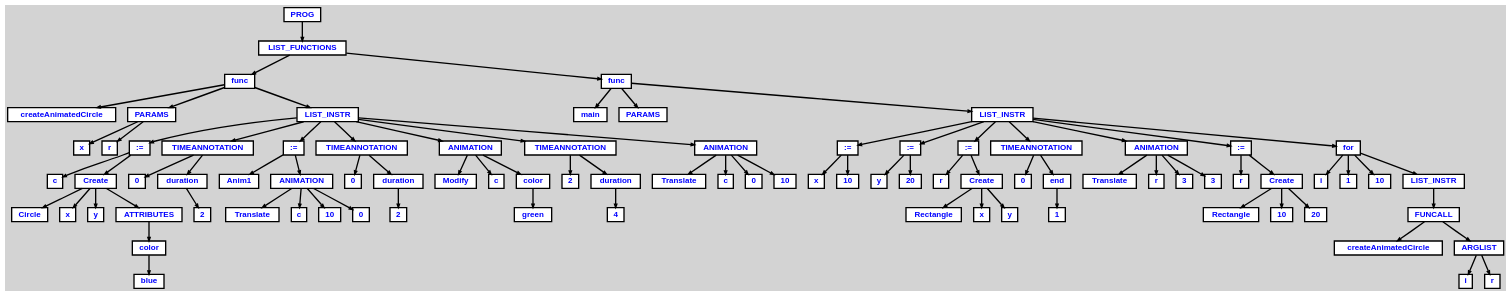
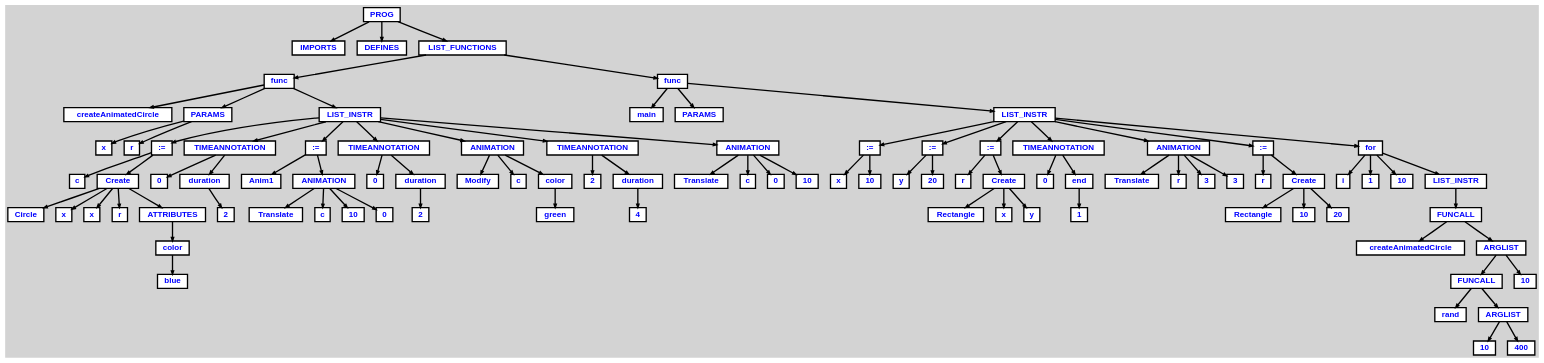
One commit to 5thingol/Practica-CL changed the diagram in examples/functions.dot. Above: the diagram before and after it, drawn with Graphviz. The commit also changed 84 other files, not shown here.

```diff
--- a/examples/functions.dot
+++ b/examples/functions.dot
@@ -7,212 +7,228 @@
 	edge [arrowsize=.5, color="black", style="bold"]
 
   n0 [label="PROG"];
-  n1 [label="LIST_FUNCTIONS"];
-  n1 [label="LIST_FUNCTIONS"];
-  n2 [label="func"];
-  n2 [label="func"];
-  n3 [label="createAnimatedCircle"];
-  n4 [label="PARAMS"];
-  n4 [label="PARAMS"];
-  n5 [label="x"];
-  n6 [label="r"];
-  n7 [label="LIST_INSTR"];
-  n7 [label="LIST_INSTR"];
-  n8 [label=":="];
-  n8 [label=":="];
-  n9 [label="c"];
-  n10 [label="Create"];
-  n10 [label="Create"];
-  n11 [label="Circle"];
-  n12 [label="x"];
-  n13 [label="y"];
-  n14 [label="ATTRIBUTES"];
-  n14 [label="ATTRIBUTES"];
-  n15 [label="color"];
-  n15 [label="color"];
-  n16 [label="blue"];
-  n17 [label="TIMEANNOTATION"];
-  n17 [label="TIMEANNOTATION"];
-  n18 [label="0"];
-  n19 [label="duration"];
-  n19 [label="duration"];
-  n20 [label="2"];
-  n21 [label=":="];
-  n21 [label=":="];
-  n22 [label="Anim1"];
-  n23 [label="ANIMATION"];
-  n23 [label="ANIMATION"];
-  n24 [label="Translate"];
-  n25 [label="c"];
-  n26 [label="10"];
-  n27 [label="0"];
-  n28 [label="TIMEANNOTATION"];
-  n28 [label="TIMEANNOTATION"];
-  n29 [label="0"];
-  n30 [label="duration"];
-  n30 [label="duration"];
-  n31 [label="2"];
-  n32 [label="ANIMATION"];
-  n32 [label="ANIMATION"];
-  n33 [label="Modify"];
-  n34 [label="c"];
-  n35 [label="color"];
-  n35 [label="color"];
-  n36 [label="green"];
-  n37 [label="TIMEANNOTATION"];
-  n37 [label="TIMEANNOTATION"];
-  n38 [label="2"];
-  n39 [label="duration"];
-  n39 [label="duration"];
-  n40 [label="4"];
-  n41 [label="ANIMATION"];
-  n41 [label="ANIMATION"];
-  n42 [label="Translate"];
-  n43 [label="c"];
-  n44 [label="0"];
-  n45 [label="10"];
-  n46 [label="func"];
-  n46 [label="func"];
-  n47 [label="main"];
-  n48 [label="PARAMS"];
-  n49 [label="LIST_INSTR"];
-  n49 [label="LIST_INSTR"];
-  n50 [label=":="];
-  n50 [label=":="];
-  n51 [label="x"];
-  n52 [label="10"];
+  n1 [label="IMPORTS"];
+  n2 [label="DEFINES"];
+  n3 [label="LIST_FUNCTIONS"];
+  n3 [label="LIST_FUNCTIONS"];
+  n4 [label="func"];
+  n4 [label="func"];
+  n5 [label="createAnimatedCircle"];
+  n6 [label="PARAMS"];
+  n6 [label="PARAMS"];
+  n7 [label="x"];
+  n8 [label="r"];
+  n9 [label="LIST_INSTR"];
+  n9 [label="LIST_INSTR"];
+  n10 [label=":="];
+  n10 [label=":="];
+  n11 [label="c"];
+  n12 [label="Create"];
+  n12 [label="Create"];
+  n13 [label="Circle"];
+  n14 [label="x"];
+  n15 [label="x"];
+  n16 [label="r"];
+  n17 [label="ATTRIBUTES"];
+  n17 [label="ATTRIBUTES"];
+  n18 [label="color"];
+  n18 [label="color"];
+  n19 [label="blue"];
+  n20 [label="TIMEANNOTATION"];
+  n20 [label="TIMEANNOTATION"];
+  n21 [label="0"];
+  n22 [label="duration"];
+  n22 [label="duration"];
+  n23 [label="2"];
+  n24 [label=":="];
+  n24 [label=":="];
+  n25 [label="Anim1"];
+  n26 [label="ANIMATION"];
+  n26 [label="ANIMATION"];
+  n27 [label="Translate"];
+  n28 [label="c"];
+  n29 [label="10"];
+  n30 [label="0"];
+  n31 [label="TIMEANNOTATION"];
+  n31 [label="TIMEANNOTATION"];
+  n32 [label="0"];
+  n33 [label="duration"];
+  n33 [label="duration"];
+  n34 [label="2"];
+  n35 [label="ANIMATION"];
+  n35 [label="ANIMATION"];
+  n36 [label="Modify"];
+  n37 [label="c"];
+  n38 [label="color"];
+  n38 [label="color"];
+  n39 [label="green"];
+  n40 [label="TIMEANNOTATION"];
+  n40 [label="TIMEANNOTATION"];
+  n41 [label="2"];
+  n42 [label="duration"];
+  n42 [label="duration"];
+  n43 [label="4"];
+  n44 [label="ANIMATION"];
+  n44 [label="ANIMATION"];
+  n45 [label="Translate"];
+  n46 [label="c"];
+  n47 [label="0"];
+  n48 [label="10"];
+  n49 [label="func"];
+  n49 [label="func"];
+  n50 [label="main"];
+  n51 [label="PARAMS"];
+  n52 [label="LIST_INSTR"];
+  n52 [label="LIST_INSTR"];
   n53 [label=":="];
   n53 [label=":="];
-  n54 [label="y"];
-  n55 [label="20"];
+  n54 [label="x"];
+  n55 [label="10"];
   n56 [label=":="];
   n56 [label=":="];
-  n57 [label="r"];
-  n58 [label="Create"];
-  n58 [label="Create"];
-  n59 [label="Rectangle"];
-  n60 [label="x"];
-  n61 [label="y"];
-  n62 [label="TIMEANNOTATION"];
-  n62 [label="TIMEANNOTATION"];
-  n63 [label="0"];
-  n64 [label="end"];
-  n64 [label="end"];
-  n65 [label="1"];
-  n66 [label="ANIMATION"];
-  n66 [label="ANIMATION"];
-  n67 [label="Translate"];
-  n68 [label="r"];
-  n69 [label="3"];
-  n70 [label="3"];
-  n71 [label=":="];
-  n71 [label=":="];
-  n72 [label="r"];
-  n73 [label="Create"];
-  n73 [label="Create"];
-  n74 [label="Rectangle"];
-  n75 [label="10"];
-  n76 [label="20"];
-  n77 [label="for"];
-  n77 [label="for"];
-  n78 [label="i"];
-  n79 [label="1"];
-  n80 [label="10"];
-  n81 [label="LIST_INSTR"];
-  n81 [label="LIST_INSTR"];
-  n82 [label="FUNCALL"];
-  n82 [label="FUNCALL"];
-  n83 [label="createAnimatedCircle"];
-  n84 [label="ARGLIST"];
-  n84 [label="ARGLIST"];
-  n85 [label="i"];
-  n86 [label="r"];
+  n57 [label="y"];
+  n58 [label="20"];
+  n59 [label=":="];
+  n59 [label=":="];
+  n60 [label="r"];
+  n61 [label="Create"];
+  n61 [label="Create"];
+  n62 [label="Rectangle"];
+  n63 [label="x"];
+  n64 [label="y"];
+  n65 [label="TIMEANNOTATION"];
+  n65 [label="TIMEANNOTATION"];
+  n66 [label="0"];
+  n67 [label="end"];
+  n67 [label="end"];
+  n68 [label="1"];
+  n69 [label="ANIMATION"];
+  n69 [label="ANIMATION"];
+  n70 [label="Translate"];
+  n71 [label="r"];
+  n72 [label="3"];
+  n73 [label="3"];
+  n74 [label=":="];
+  n74 [label=":="];
+  n75 [label="r"];
+  n76 [label="Create"];
+  n76 [label="Create"];
+  n77 [label="Rectangle"];
+  n78 [label="10"];
+  n79 [label="20"];
+  n80 [label="for"];
+  n80 [label="for"];
+  n81 [label="i"];
+  n82 [label="1"];
+  n83 [label="10"];
+  n84 [label="LIST_INSTR"];
+  n84 [label="LIST_INSTR"];
+  n85 [label="FUNCALL"];
+  n85 [label="FUNCALL"];
+  n86 [label="createAnimatedCircle"];
+  n87 [label="ARGLIST"];
+  n87 [label="ARGLIST"];
+  n88 [label="FUNCALL"];
+  n88 [label="FUNCALL"];
+  n89 [label="rand"];
+  n90 [label="ARGLIST"];
+  n90 [label="ARGLIST"];
+  n91 [label="10"];
+  n92 [label="400"];
+  n93 [label="10"];
 
-  n0 -> n1 // "PROG" -> "LIST_FUNCTIONS"
-  n1 -> n2 // "LIST_FUNCTIONS" -> "func"
-  n2 -> n3 // "func" -> "createAnimatedCircle"
-  n2 -> n4 // "func" -> "PARAMS"
-  n4 -> n5 // "PARAMS" -> "x"
-  n4 -> n6 // "PARAMS" -> "r"
-  n2 -> n7 // "func" -> "LIST_INSTR"
-  n7 -> n8 // "LIST_INSTR" -> ":="
-  n8 -> n9 // ":=" -> "c"
-  n8 -> n10 // ":=" -> "Create"
-  n10 -> n11 // "Create" -> "Circle"
-  n10 -> n12 // "Create" -> "x"
-  n10 -> n13 // "Create" -> "y"
-  n10 -> n14 // "Create" -> "ATTRIBUTES"
-  n14 -> n15 // "ATTRIBUTES" -> "color"
-  n15 -> n16 // "color" -> "blue"
-  n7 -> n17 // "LIST_INSTR" -> "TIMEANNOTATION"
-  n17 -> n18 // "TIMEANNOTATION" -> "0"
-  n17 -> n19 // "TIMEANNOTATION" -> "duration"
-  n19 -> n20 // "duration" -> "2"
-  n7 -> n21 // "LIST_INSTR" -> ":="
-  n21 -> n22 // ":=" -> "Anim1"
-  n21 -> n23 // ":=" -> "ANIMATION"
-  n23 -> n24 // "ANIMATION" -> "Translate"
-  n23 -> n25 // "ANIMATION" -> "c"
-  n23 -> n26 // "ANIMATION" -> "10"
-  n23 -> n27 // "ANIMATION" -> "0"
-  n7 -> n28 // "LIST_INSTR" -> "TIMEANNOTATION"
-  n28 -> n29 // "TIMEANNOTATION" -> "0"
-  n28 -> n30 // "TIMEANNOTATION" -> "duration"
-  n30 -> n31 // "duration" -> "2"
-  n7 -> n32 // "LIST_INSTR" -> "ANIMATION"
-  n32 -> n33 // "ANIMATION" -> "Modify"
-  n32 -> n34 // "ANIMATION" -> "c"
-  n32 -> n35 // "ANIMATION" -> "color"
-  n35 -> n36 // "color" -> "green"
-  n7 -> n37 // "LIST_INSTR" -> "TIMEANNOTATION"
-  n37 -> n38 // "TIMEANNOTATION" -> "2"
-  n37 -> n39 // "TIMEANNOTATION" -> "duration"
-  n39 -> n40 // "duration" -> "4"
-  n7 -> n41 // "LIST_INSTR" -> "ANIMATION"
-  n41 -> n42 // "ANIMATION" -> "Translate"
-  n41 -> n43 // "ANIMATION" -> "c"
-  n41 -> n44 // "ANIMATION" -> "0"
-  n41 -> n45 // "ANIMATION" -> "10"
-  n1 -> n46 // "LIST_FUNCTIONS" -> "func"
-  n46 -> n47 // "func" -> "main"
-  n46 -> n48 // "func" -> "PARAMS"
-  n46 -> n49 // "func" -> "LIST_INSTR"
-  n49 -> n50 // "LIST_INSTR" -> ":="
-  n50 -> n51 // ":=" -> "x"
-  n50 -> n52 // ":=" -> "10"
-  n49 -> n53 // "LIST_INSTR" -> ":="
-  n53 -> n54 // ":=" -> "y"
-  n53 -> n55 // ":=" -> "20"
-  n49 -> n56 // "LIST_INSTR" -> ":="
-  n56 -> n57 // ":=" -> "r"
-  n56 -> n58 // ":=" -> "Create"
-  n58 -> n59 // "Create" -> "Rectangle"
-  n58 -> n60 // "Create" -> "x"
-  n58 -> n61 // "Create" -> "y"
-  n49 -> n62 // "LIST_INSTR" -> "TIMEANNOTATION"
-  n62 -> n63 // "TIMEANNOTATION" -> "0"
-  n62 -> n64 // "TIMEANNOTATION" -> "end"
-  n64 -> n65 // "end" -> "1"
-  n49 -> n66 // "LIST_INSTR" -> "ANIMATION"
-  n66 -> n67 // "ANIMATION" -> "Translate"
-  n66 -> n68 // "ANIMATION" -> "r"
-  n66 -> n69 // "ANIMATION" -> "3"
-  n66 -> n70 // "ANIMATION" -> "3"
-  n49 -> n71 // "LIST_INSTR" -> ":="
-  n71 -> n72 // ":=" -> "r"
-  n71 -> n73 // ":=" -> "Create"
-  n73 -> n74 // "Create" -> "Rectangle"
-  n73 -> n75 // "Create" -> "10"
-  n73 -> n76 // "Create" -> "20"
-  n49 -> n77 // "LIST_INSTR" -> "for"
-  n77 -> n78 // "for" -> "i"
-  n77 -> n79 // "for" -> "1"
-  n77 -> n80 // "for" -> "10"
-  n77 -> n81 // "for" -> "LIST_INSTR"
-  n81 -> n82 // "LIST_INSTR" -> "FUNCALL"
-  n82 -> n83 // "FUNCALL" -> "createAnimatedCircle"
-  n82 -> n84 // "FUNCALL" -> "ARGLIST"
-  n84 -> n85 // "ARGLIST" -> "i"
-  n84 -> n86 // "ARGLIST" -> "r"
+  n0 -> n1 // "PROG" -> "IMPORTS"
+  n0 -> n2 // "PROG" -> "DEFINES"
+  n0 -> n3 // "PROG" -> "LIST_FUNCTIONS"
+  n3 -> n4 // "LIST_FUNCTIONS" -> "func"
+  n4 -> n5 // "func" -> "createAnimatedCircle"
+  n4 -> n6 // "func" -> "PARAMS"
+  n6 -> n7 // "PARAMS" -> "x"
+  n6 -> n8 // "PARAMS" -> "r"
+  n4 -> n9 // "func" -> "LIST_INSTR"
+  n9 -> n10 // "LIST_INSTR" -> ":="
+  n10 -> n11 // ":=" -> "c"
+  n10 -> n12 // ":=" -> "Create"
+  n12 -> n13 // "Create" -> "Circle"
+  n12 -> n14 // "Create" -> "x"
+  n12 -> n15 // "Create" -> "x"
+  n12 -> n16 // "Create" -> "r"
+  n12 -> n17 // "Create" -> "ATTRIBUTES"
+  n17 -> n18 // "ATTRIBUTES" -> "color"
+  n18 -> n19 // "color" -> "blue"
+  n9 -> n20 // "LIST_INSTR" -> "TIMEANNOTATION"
+  n20 -> n21 // "TIMEANNOTATION" -> "0"
+  n20 -> n22 // "TIMEANNOTATION" -> "duration"
+  n22 -> n23 // "duration" -> "2"
+  n9 -> n24 // "LIST_INSTR" -> ":="
+  n24 -> n25 // ":=" -> "Anim1"
+  n24 -> n26 // ":=" -> "ANIMATION"
+  n26 -> n27 // "ANIMATION" -> "Translate"
+  n26 -> n28 // "ANIMATION" -> "c"
+  n26 -> n29 // "ANIMATION" -> "10"
+  n26 -> n30 // "ANIMATION" -> "0"
+  n9 -> n31 // "LIST_INSTR" -> "TIMEANNOTATION"
+  n31 -> n32 // "TIMEANNOTATION" -> "0"
+  n31 -> n33 // "TIMEANNOTATION" -> "duration"
+  n33 -> n34 // "duration" -> "2"
+  n9 -> n35 // "LIST_INSTR" -> "ANIMATION"
+  n35 -> n36 // "ANIMATION" -> "Modify"
+  n35 -> n37 // "ANIMATION" -> "c"
+  n35 -> n38 // "ANIMATION" -> "color"
+  n38 -> n39 // "color" -> "green"
+  n9 -> n40 // "LIST_INSTR" -> "TIMEANNOTATION"
+  n40 -> n41 // "TIMEANNOTATION" -> "2"
+  n40 -> n42 // "TIMEANNOTATION" -> "duration"
+  n42 -> n43 // "duration" -> "4"
+  n9 -> n44 // "LIST_INSTR" -> "ANIMATION"
+  n44 -> n45 // "ANIMATION" -> "Translate"
+  n44 -> n46 // "ANIMATION" -> "c"
+  n44 -> n47 // "ANIMATION" -> "0"
+  n44 -> n48 // "ANIMATION" -> "10"
+  n3 -> n49 // "LIST_FUNCTIONS" -> "func"
+  n49 -> n50 // "func" -> "main"
+  n49 -> n51 // "func" -> "PARAMS"
+  n49 -> n52 // "func" -> "LIST_INSTR"
+  n52 -> n53 // "LIST_INSTR" -> ":="
+  n53 -> n54 // ":=" -> "x"
+  n53 -> n55 // ":=" -> "10"
+  n52 -> n56 // "LIST_INSTR" -> ":="
+  n56 -> n57 // ":=" -> "y"
+  n56 -> n58 // ":=" -> "20"
+  n52 -> n59 // "LIST_INSTR" -> ":="
+  n59 -> n60 // ":=" -> "r"
+  n59 -> n61 // ":=" -> "Create"
+  n61 -> n62 // "Create" -> "Rectangle"
+  n61 -> n63 // "Create" -> "x"
+  n61 -> n64 // "Create" -> "y"
+  n52 -> n65 // "LIST_INSTR" -> "TIMEANNOTATION"
+  n65 -> n66 // "TIMEANNOTATION" -> "0"
+  n65 -> n67 // "TIMEANNOTATION" -> "end"
+  n67 -> n68 // "end" -> "1"
+  n52 -> n69 // "LIST_INSTR" -> "ANIMATION"
+  n69 -> n70 // "ANIMATION" -> "Translate"
+  n69 -> n71 // "ANIMATION" -> "r"
+  n69 -> n72 // "ANIMATION" -> "3"
+  n69 -> n73 // "ANIMATION" -> "3"
+  n52 -> n74 // "LIST_INSTR" -> ":="
+  n74 -> n75 // ":=" -> "r"
+  n74 -> n76 // ":=" -> "Create"
+  n76 -> n77 // "Create" -> "Rectangle"
+  n76 -> n78 // "Create" -> "10"
+  n76 -> n79 // "Create" -> "20"
+  n52 -> n80 // "LIST_INSTR" -> "for"
+  n80 -> n81 // "for" -> "i"
+  n80 -> n82 // "for" -> "1"
+  n80 -> n83 // "for" -> "10"
+  n80 -> n84 // "for" -> "LIST_INSTR"
+  n84 -> n85 // "LIST_INSTR" -> "FUNCALL"
+  n85 -> n86 // "FUNCALL" -> "createAnimatedCircle"
+  n85 -> n87 // "FUNCALL" -> "ARGLIST"
+  n87 -> n88 // "ARGLIST" -> "FUNCALL"
+  n88 -> n89 // "FUNCALL" -> "rand"
+  n88 -> n90 // "FUNCALL" -> "ARGLIST"
+  n90 -> n91 // "ARGLIST" -> "10"
+  n90 -> n92 // "ARGLIST" -> "400"
+  n87 -> n93 // "ARGLIST" -> "10"
 
 }
```
